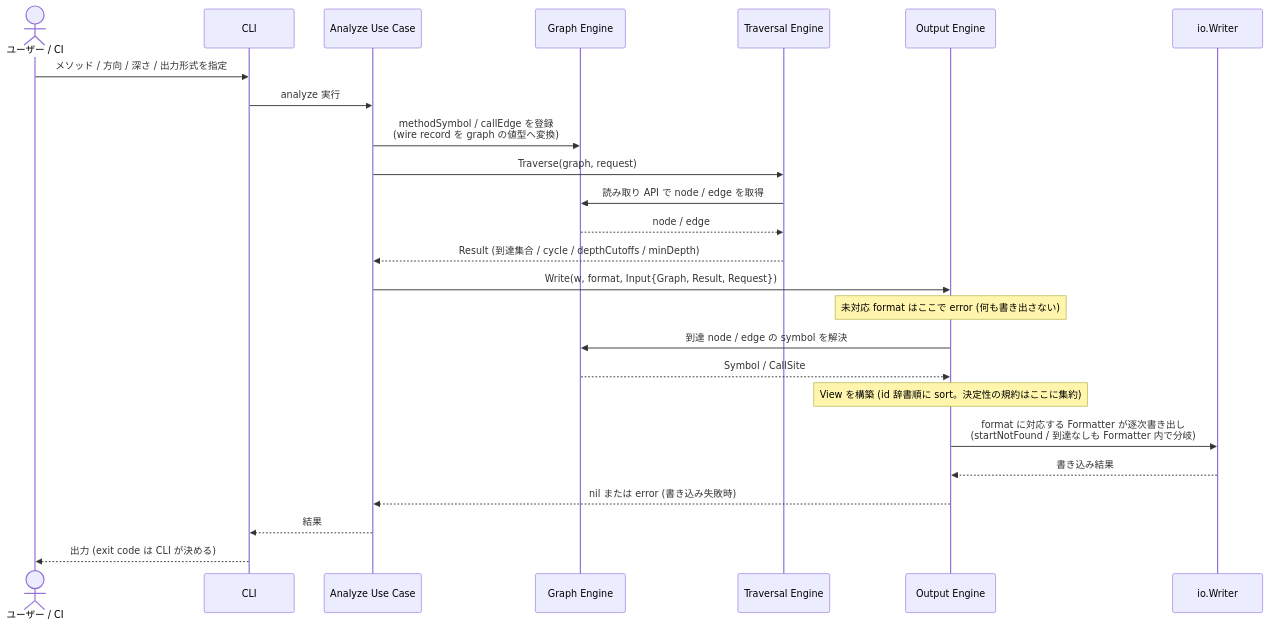
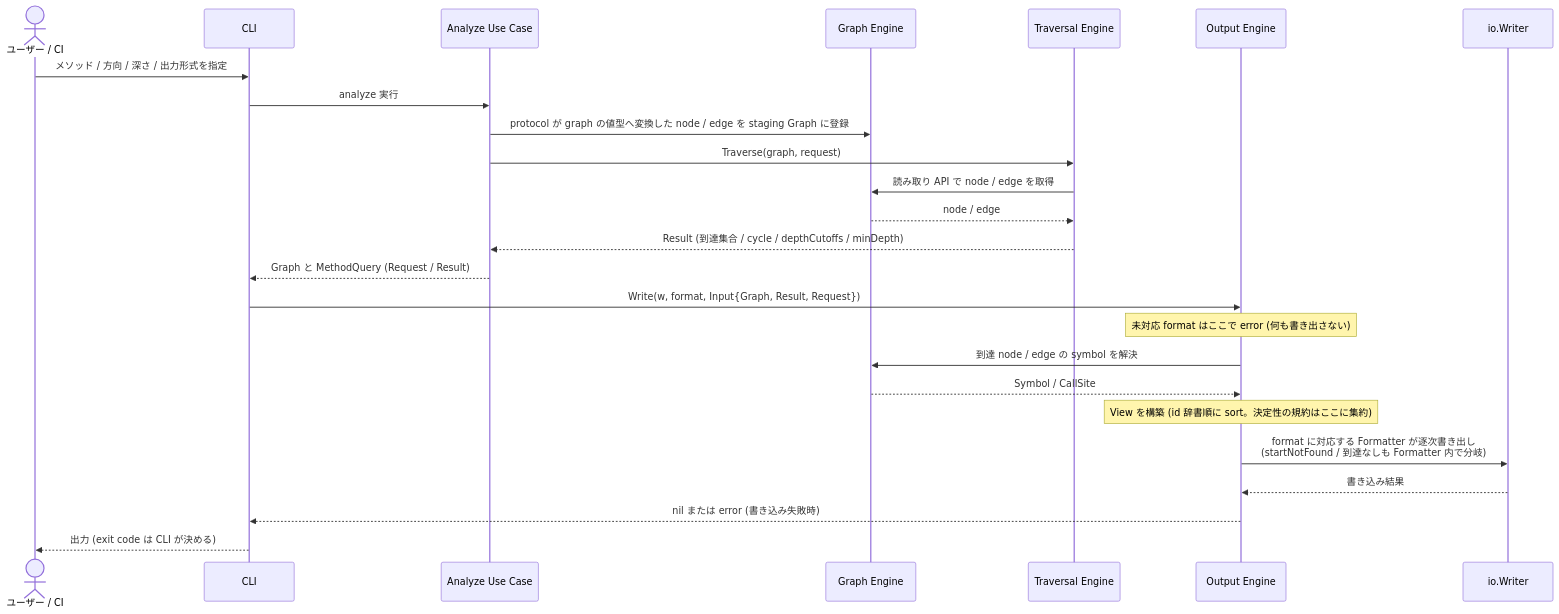
One commit to Fukuemon/depwalk changed the fourth of 4 diagrams in core/internal/output/DesignDoc.md. Above: the diagram before and after it, drawn with Mermaid. The commit also changed other lines of this file and 5 other files, not shown here.

First line of the commit message:
docs: Core の Design Doc の図と表を実装に合わせる #95

````diff
--- a/core/internal/output/DesignDoc.md
+++ b/core/internal/output/DesignDoc.md
@@ -387,29 +387,29 @@
 ```mermaid
 sequenceDiagram
     actor User as ユーザー / CI
     participant CLI as CLI
     participant UC as Analyze Use Case
     participant Graph as Graph Engine
     participant Trv as Traversal Engine
     participant Out as Output Engine
     participant W as io.Writer
 
     User->>CLI: メソッド / 方向 / 深さ / 出力形式を指定
     CLI->>UC: analyze 実行
-    UC->>Graph: methodSymbol / callEdge を登録<br/>(wire record を graph の値型へ変換)
+    UC->>Graph: protocol が graph の値型へ変換した node / edge を staging Graph に登録
     UC->>Trv: Traverse(graph, request)
     Trv->>Graph: 読み取り API で node / edge を取得
     Graph-->>Trv: node / edge
     Trv-->>UC: Result (到達集合 / cycle / depthCutoffs / minDepth)
+    UC-->>CLI: Graph と MethodQuery (Request / Result)
 
-    UC->>Out: Write(w, format, Input{Graph, Result, Request})
+    CLI->>Out: Write(w, format, Input{Graph, Result, Request})
     Note over Out: 未対応 format はここで error (何も書き出さない)
     Out->>Graph: 到達 node / edge の symbol を解決
     Graph-->>Out: Symbol / CallSite
     Note over Out: View を構築 (id 辞書順に sort。決定性の規約はここに集約)
     Out->>W: format に対応する Formatter が逐次書き出し<br/>(startNotFound / 到達なしも Formatter 内で分岐)
     W-->>Out: 書き込み結果
-    Out-->>UC: nil または error (書き込み失敗時)
-    UC-->>CLI: 結果
+    Out-->>CLI: nil または error (書き込み失敗時)
     CLI-->>User: 出力 (exit code は CLI が決める)
 ```
````
